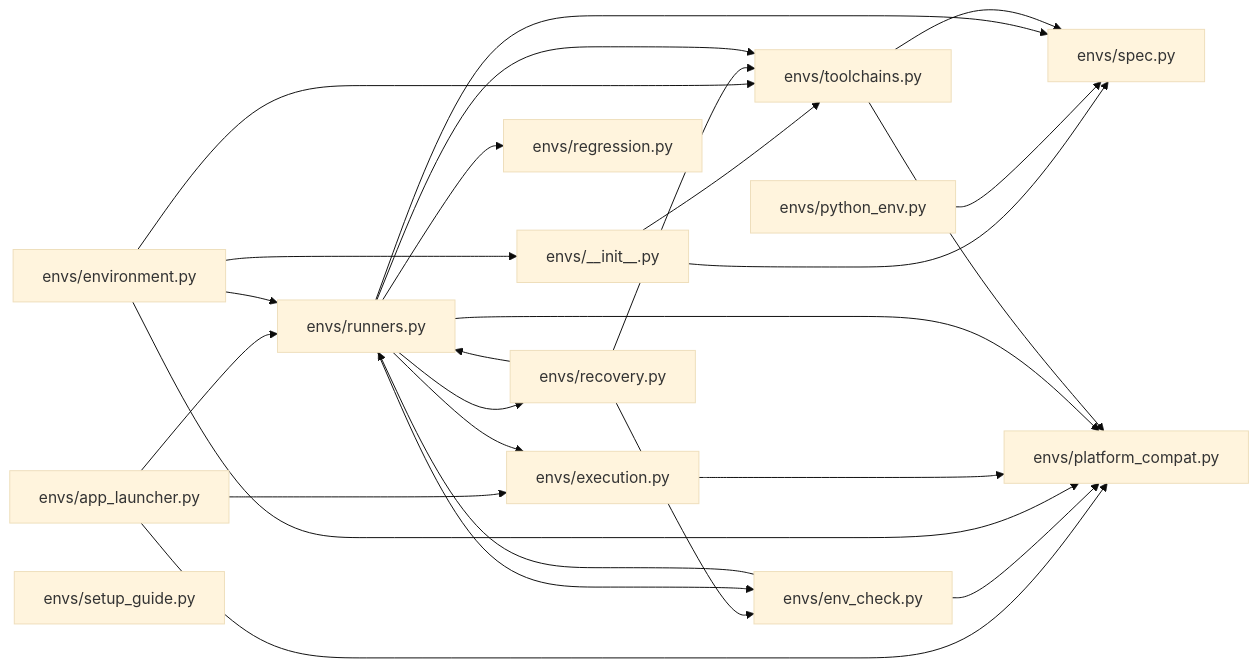
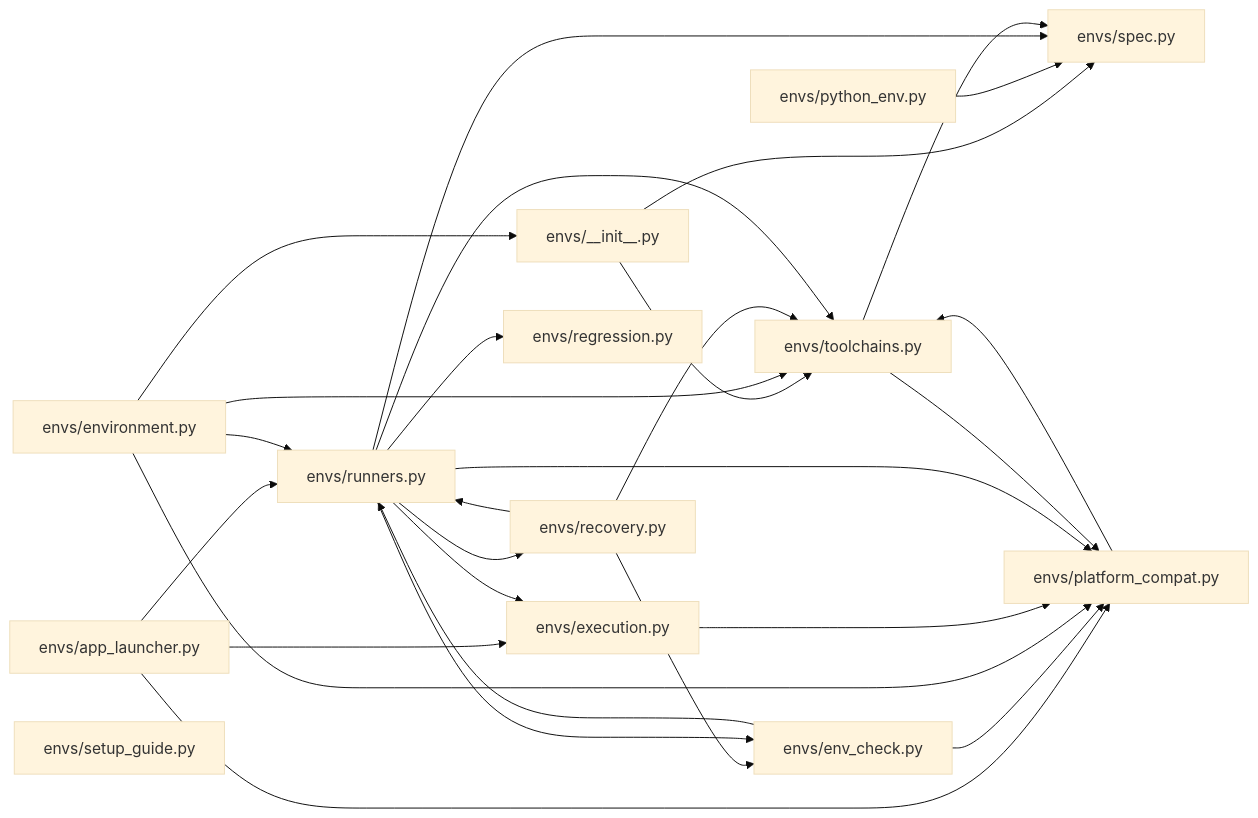
The fifth of 21 diagrams in docs/ARCHITECTURE_MAP.md (sarveshtalele/maf-harness-testing), drawn with Mermaid (base theme) before and after one commit. The commit also changed other lines of this file and 10 other files, not shown here.

````diff
--- a/docs/ARCHITECTURE_MAP.md
+++ b/docs/ARCHITECTURE_MAP.md
@@ -206,41 +206,42 @@
 ```mermaid
 flowchart LR
   f0["envs/__init__.py"]
   f1["envs/app_launcher.py"]
   f2["envs/env_check.py"]
   f3["envs/environment.py"]
   f4["envs/execution.py"]
   f5["envs/platform_compat.py"]
   f6["envs/python_env.py"]
   f7["envs/recovery.py"]
   f8["envs/regression.py"]
   f9["envs/runners.py"]
   f10["envs/setup_guide.py"]
   f11["envs/spec.py"]
   f12["envs/toolchains.py"]
   f0 --> f11
   f0 --> f12
   f1 --> f4
   f1 --> f5
   f1 --> f9
   f2 --> f5
   f2 --> f9
   f3 --> f0
   f3 --> f5
   f3 --> f9
   f3 --> f12
   f4 --> f5
+  f5 --> f12
   f6 --> f11
   f7 --> f2
   f7 --> f9
   f7 --> f12
   f9 --> f2
   f9 --> f4
   f9 --> f5
   f9 --> f7
   f9 --> f8
   f9 --> f11
   f9 --> f12
   f12 --> f5
   f12 --> f11
 ```
````
